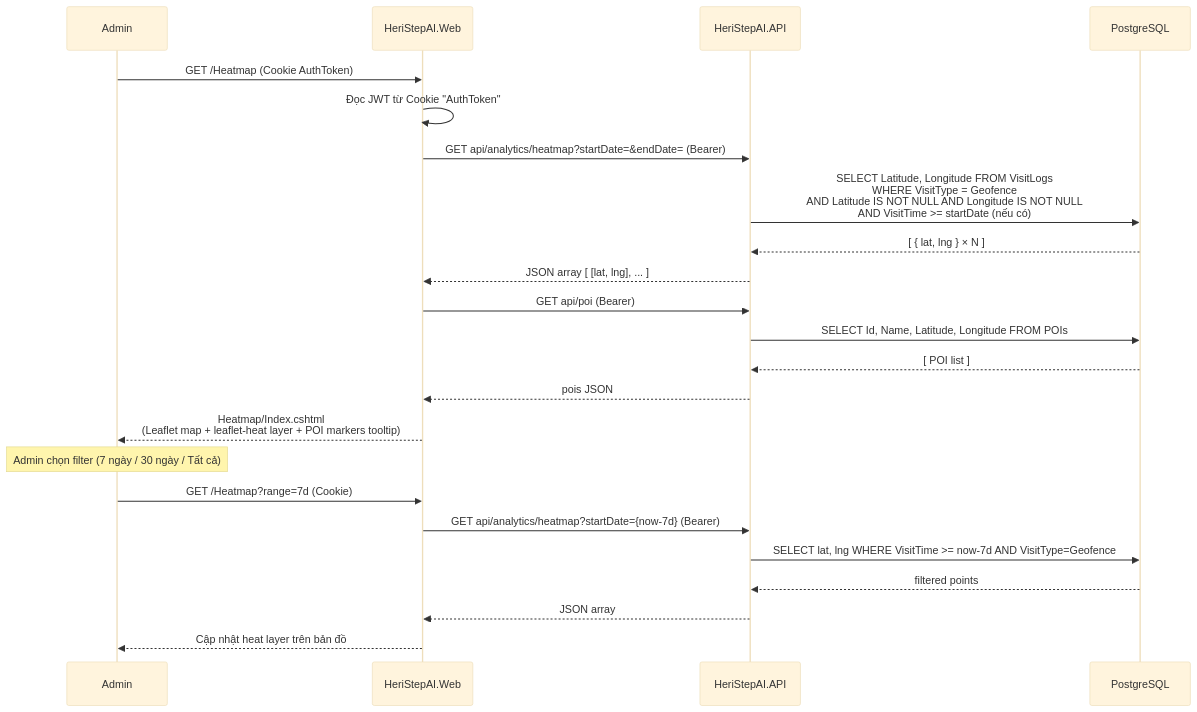
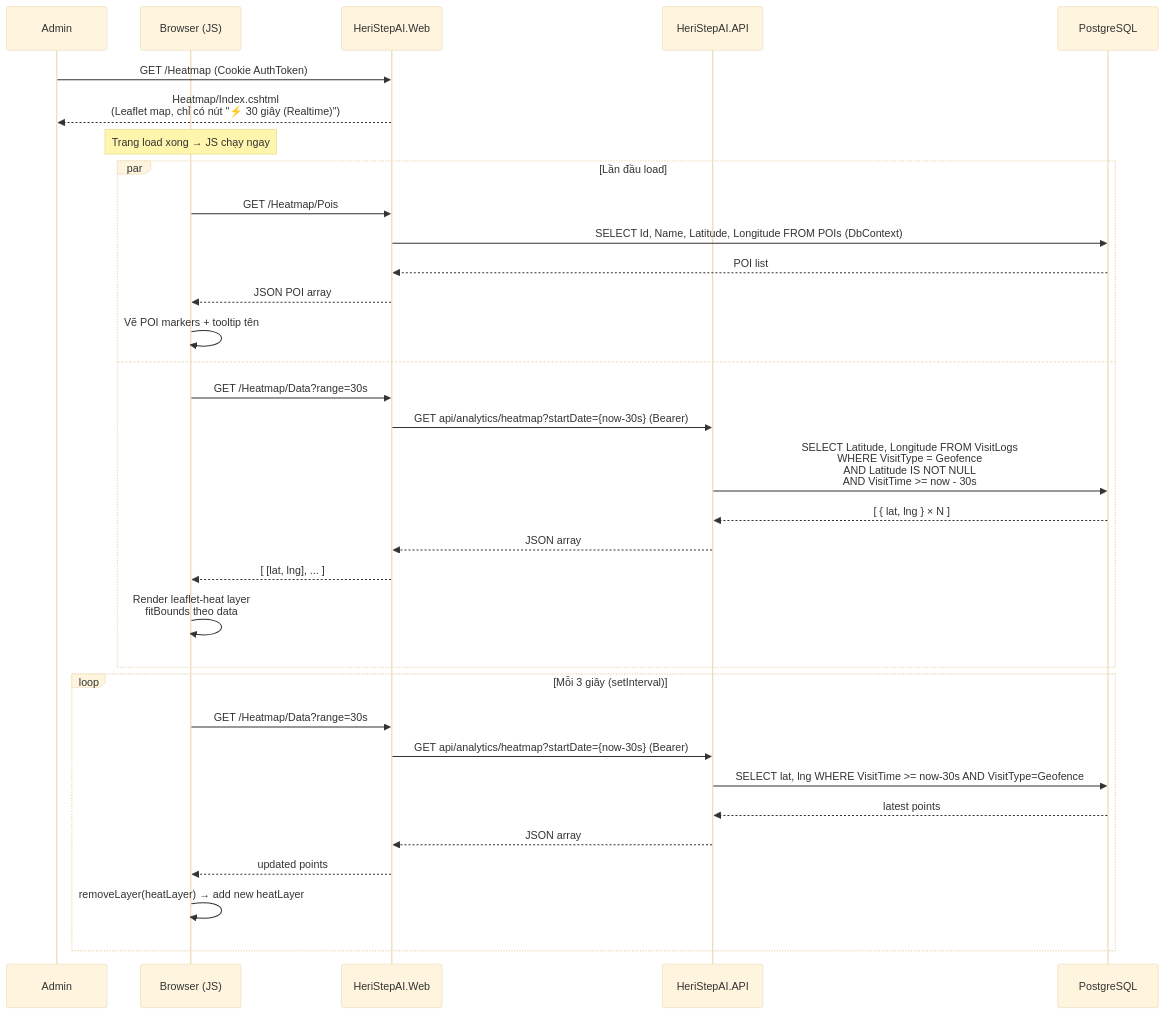
Diagram 30 of 48 in docs/PRODUCT_REQUIREMENTS.md (KhanhChung2k5/k_tour), drawn with Mermaid (base theme) before and after one commit. The commit also changed other lines of this file and 8 other files, not shown here.

Commit message:
Updte heat map and queue

````diff
--- a/docs/PRODUCT_REQUIREMENTS.md
+++ b/docs/PRODUCT_REQUIREMENTS.md
@@ -1552,27 +1557,39 @@
 ```mermaid
 sequenceDiagram
     participant Admin
+    participant Browser as Browser (JS)
     participant Web as HeriStepAI.Web
     participant API as HeriStepAI.API
     participant DB as PostgreSQL
 
     Admin->>Web: GET /Heatmap (Cookie AuthToken)
-    Web->>Web: Đọc JWT từ Cookie "AuthToken"
-    Web->>API: GET api/analytics/heatmap?startDate=&endDate= (Bearer)
-    API->>DB: SELECT Latitude, Longitude FROM VisitLogs<br/>WHERE VisitType = Geofence<br/>AND Latitude IS NOT NULL AND Longitude IS NOT NULL<br/>AND VisitTime >= startDate (nếu có)
-    DB-->>API: [ { lat, lng } × N ]
-    API-->>Web: JSON array [ [lat, lng], ... ]
-    Web->>API: GET api/poi (Bearer)
-    API->>DB: SELECT Id, Name, Latitude, Longitude FROM POIs
-    DB-->>API: [ POI list ]
-    API-->>Web: pois JSON
-    Web-->>Admin: Heatmap/Index.cshtml<br/>(Leaflet map + leaflet-heat layer + POI markers tooltip)
+    Web-->>Admin: Heatmap/Index.cshtml<br/>(Leaflet map, chỉ có nút "⚡ 30 giây (Realtime)")
 
-    Note over Admin: Admin chọn filter (7 ngày / 30 ngày / Tất cả)
-    Admin->>Web: GET /Heatmap?range=7d (Cookie)
-    Web->>API: GET api/analytics/heatmap?startDate={now-7d} (Bearer)
-    API->>DB: SELECT lat, lng WHERE VisitTime >= now-7d AND VisitType=Geofence
-    DB-->>API: filtered points
-    API-->>Web: JSON array
-    Web-->>Admin: Cập nhật heat layer trên bản đồ
+    Note over Browser: Trang load xong → JS chạy ngay
+
+    par Lần đầu load
+        Browser->>Web: GET /Heatmap/Pois
+        Web->>DB: SELECT Id, Name, Latitude, Longitude FROM POIs (DbContext)
+        DB-->>Web: POI list
+        Web-->>Browser: JSON POI array
+        Browser->>Browser: Vẽ POI markers + tooltip tên
+    and
+        Browser->>Web: GET /Heatmap/Data?range=30s
+        Web->>API: GET api/analytics/heatmap?startDate={now-30s} (Bearer)
+        API->>DB: SELECT Latitude, Longitude FROM VisitLogs<br/>WHERE VisitType = Geofence<br/>AND Latitude IS NOT NULL<br/>AND VisitTime >= now - 30s
+        DB-->>API: [ { lat, lng } × N ]
+        API-->>Web: JSON array
+        Web-->>Browser: [ [lat, lng], ... ]
+        Browser->>Browser: Render leaflet-heat layer<br/>fitBounds theo data
+    end
+
+    loop Mỗi 3 giây (setInterval)
+        Browser->>Web: GET /Heatmap/Data?range=30s
+        Web->>API: GET api/analytics/heatmap?startDate={now-30s} (Bearer)
+        API->>DB: SELECT lat, lng WHERE VisitTime >= now-30s AND VisitType=Geofence
+        DB-->>API: latest points
+        API-->>Web: JSON array
+        Web-->>Browser: updated points
+        Browser->>Browser: removeLayer(heatLayer) → add new heatLayer
+    end
 ```
````
